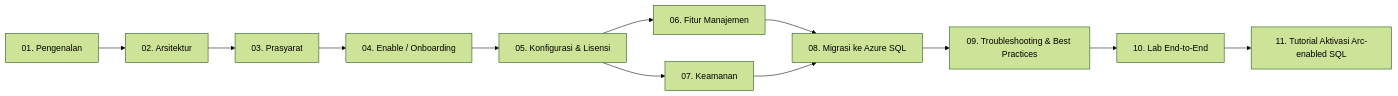
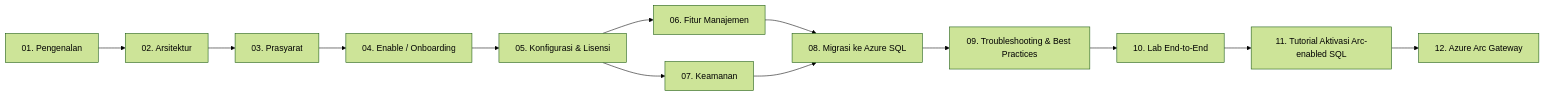
Before and after one commit to edhotp/Belajar-Azure-Arc-Enable-SQL: the diagram in README.md, drawn with Mermaid (forest theme). The commit also changed other lines of this file and 1 other file, not shown here.

Commit message:
feat(modules): tambahkan modul 12 Azure Arc Gateway

````diff
--- a/README.md
+++ b/README.md
@@ -10,14 +10,15 @@
 ```mermaid
 flowchart LR
     A[01. Pengenalan] --> B[02. Arsitektur]
     B --> C[03. Prasyarat]
     C --> D[04. Enable / Onboarding]
     D --> E[05. Konfigurasi & Lisensi]
     E --> F[06. Fitur Manajemen]
     E --> G[07. Keamanan]
     F --> H[08. Migrasi ke Azure SQL]
     G --> H
     H --> I[09. Troubleshooting & Best Practices]
     I --> J[10. Lab End-to-End]
     J --> K[11. Tutorial Aktivasi Arc-enabled SQL]
+    K --> L[12. Azure Arc Gateway]
 ```
````
